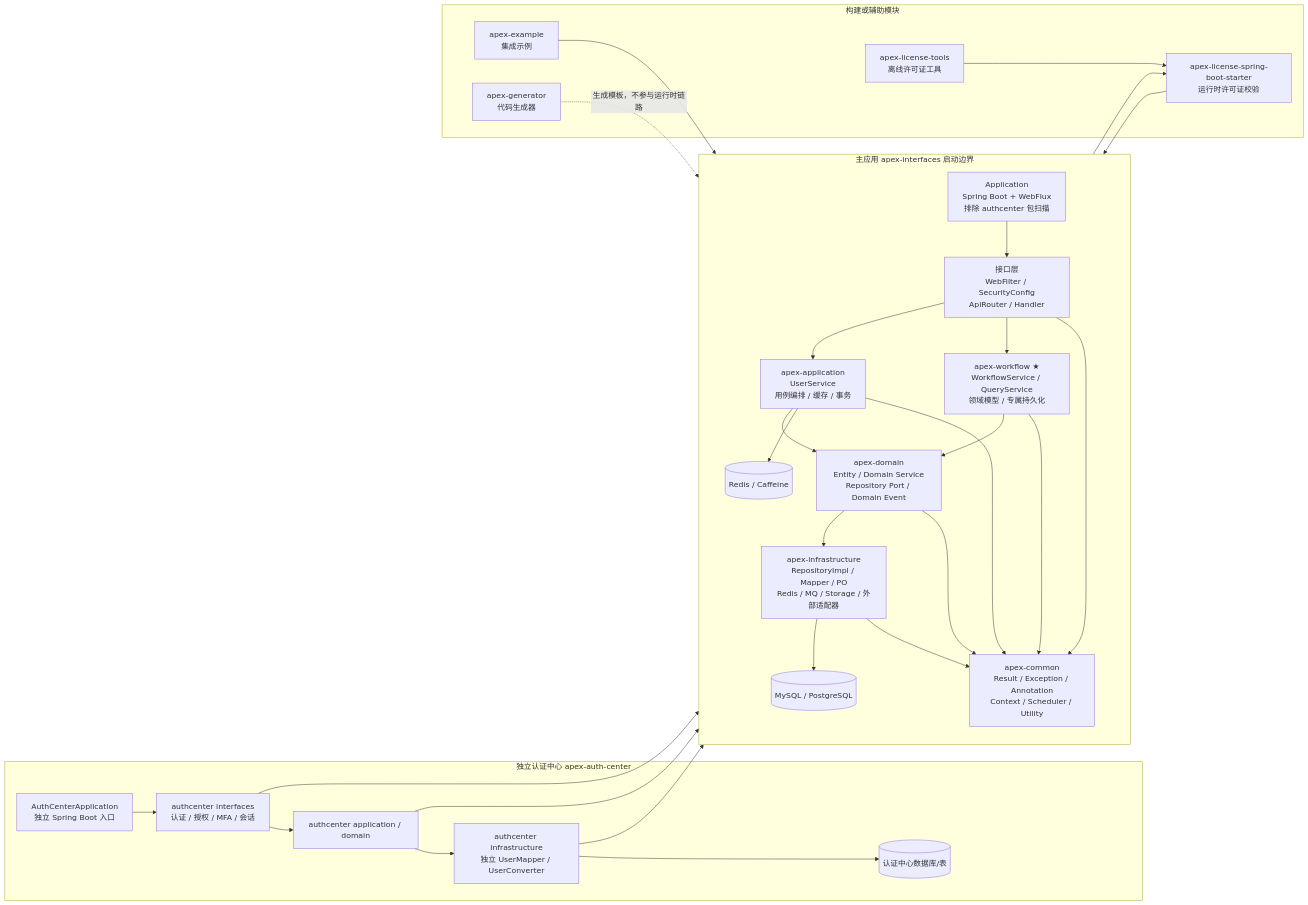
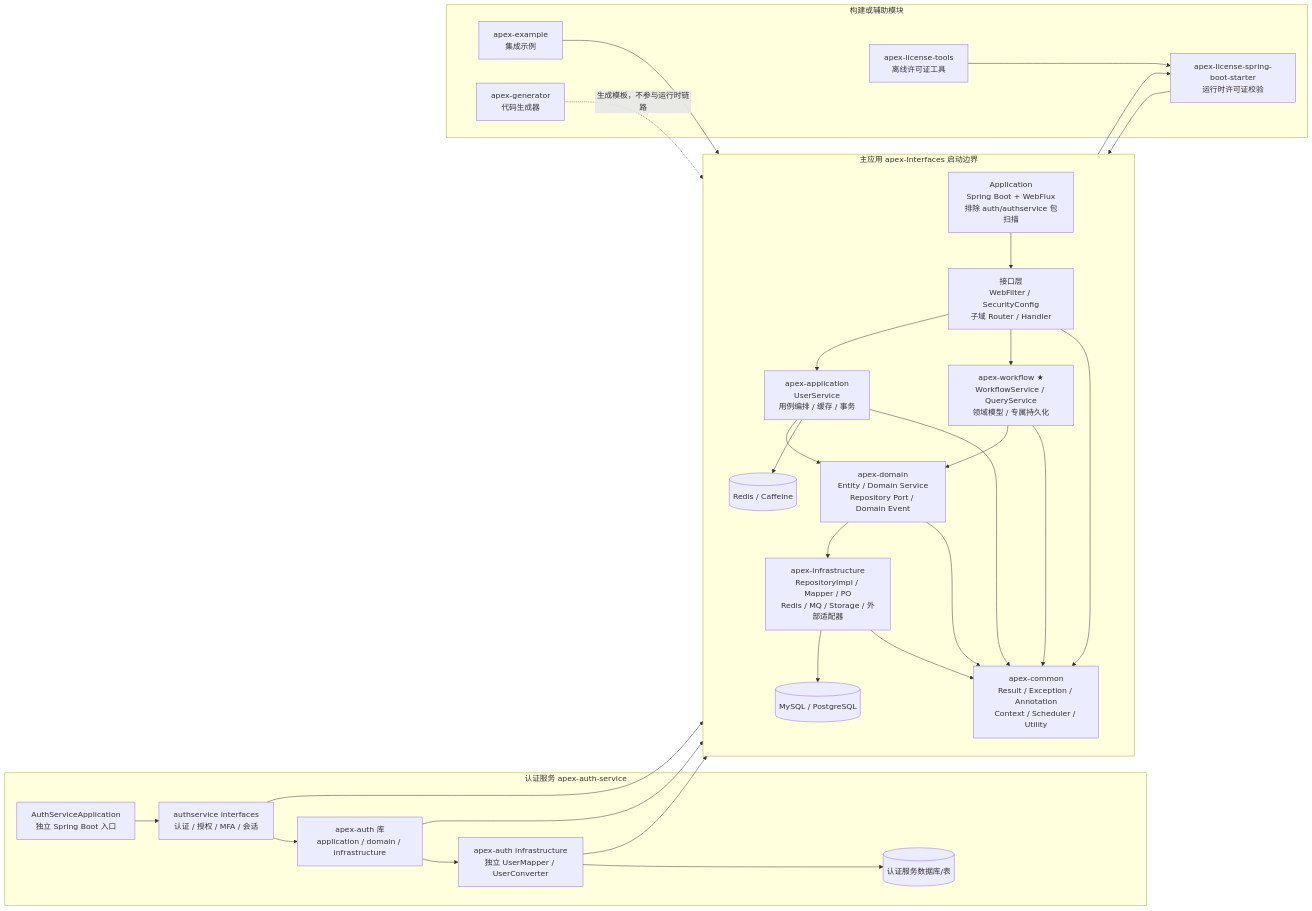
The first of 3 diagrams in AGENTS.md (apex-cloud-service/apex-scaffold), drawn with Mermaid before and after one commit. The commit also changed other lines of this file and 2827 other files, not shown here.

````diff
--- a/AGENTS.md
+++ b/AGENTS.md
@@ -66,53 +97,53 @@
 ```mermaid
 graph LR
     subgraph MainApp[主应用 apex-interfaces 启动边界]
         direction TB
-        entry["Application<br/>Spring Boot + WebFlux<br/>排除 authcenter 包扫描"]
-        web["接口层<br/>WebFilter / SecurityConfig<br/>ApiRouter / Handler"]
+        entry["Application<br/>Spring Boot + WebFlux<br/>排除 auth/authservice 包扫描"]
+        web["接口层<br/>WebFilter / SecurityConfig<br/>子域 Router / Handler"]
         app["apex-application<br/>UserService<br/>用例编排 / 缓存 / 事务"]
         workflow["apex-workflow ★<br/>WorkflowService / QueryService<br/>领域模型 / 专属持久化"]
         domain["apex-domain<br/>Entity / Domain Service<br/>Repository Port / Domain Event"]
         infra["apex-infrastructure<br/>RepositoryImpl / Mapper / PO<br/>Redis / MQ / Storage / 外部适配器"]
         common["apex-common<br/>Result / Exception / Annotation<br/>Context / Scheduler / Utility"]
         db[("MySQL / PostgreSQL")]
         cache[("Redis / Caffeine")]
         entry --> web
         web --> app
         web --> workflow
         app --> domain
         domain --> infra
         workflow --> domain
         workflow --> common
         infra --> db
         app --> cache
         web --> common
         app --> common
         domain --> common
         infra --> common
     end
 
-    subgraph AuthApp[独立认证中心 apex-auth-center]
-        authEntry["AuthCenterApplication<br/>独立 Spring Boot 入口"]
-        authWeb["authcenter interfaces<br/>认证 / 授权 / MFA / 会话"]
-        authApp["authcenter application / domain"]
-        authInfra["authcenter infrastructure<br/>独立 UserMapper / UserConverter"]
-        authDb[("认证中心数据库/表")]
-        authEntry --> authWeb --> authApp --> authInfra --> authDb
+    subgraph AuthApp[认证服务 apex-auth-service]
+        authEntry["AuthServiceApplication<br/>独立 Spring Boot 入口"]
+        authWeb["authservice interfaces<br/>认证 / 授权 / MFA / 会话"]
+        authLib["apex-auth 库<br/>application / domain / infrastructure"]
+        authInfra["apex-auth infrastructure<br/>独立 UserMapper / UserConverter"]
+        authDb[("认证服务数据库/表")]
+        authEntry --> authWeb --> authLib --> authInfra --> authDb
         authWeb --> common
-        authApp --> common
+        authLib --> common
         authInfra --> common
     end
 
     subgraph BuildOnly[构建或辅助模块]
         starter["apex-license-spring-boot-starter<br/>运行时许可证校验"]
         tools["apex-license-tools<br/>离线许可证工具"]
         example["apex-example<br/>集成示例"]
         generator["apex-generator<br/>代码生成器"]
         tools --> starter
         example --> web
         starter --> common
     end
 
     web --> starter
     generator -."生成模板，不参与运行时链路".-> domain
 ```
````
